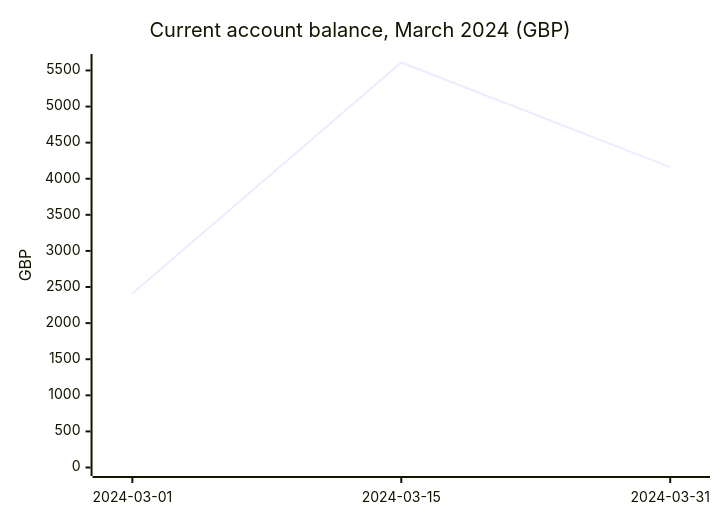
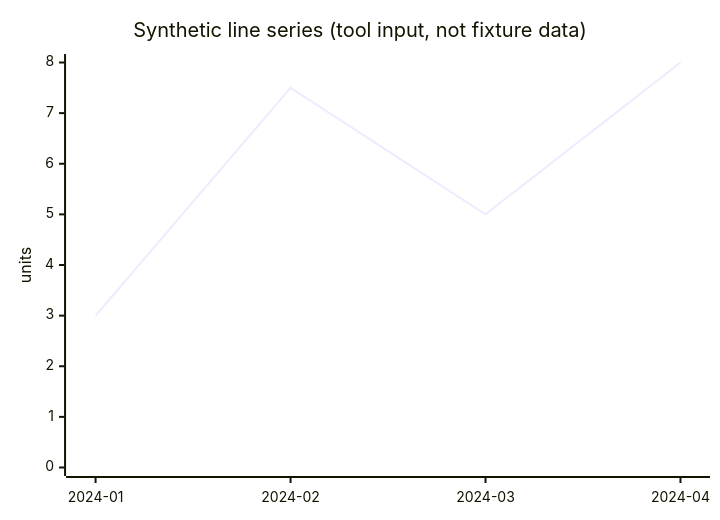
One commit to boshuthebuilder/ai-tradecraft-skills changed the diagram in plugins/ai-os/skills/pre-onboarding/tests/golden/charts/line.md. Above: the diagram before and after it, drawn with Mermaid. The commit also changed other lines of this file and 11 other files, not shown here.

First line of the commit message:
pre-onboarding: wiki.py chart, fixes from independent review (#95)

````diff
--- a/plugins/ai-os/skills/pre-onboarding/tests/golden/charts/line.md
+++ b/plugins/ai-os/skills/pre-onboarding/tests/golden/charts/line.md
@@ -1,7 +1,7 @@
 ```mermaid
 xychart-beta
-    title "Current account balance, March 2024 (GBP)"
-    x-axis ["2024-03-01", "2024-03-15", "2024-03-31"]
-    y-axis "GBP" 0 --> 5610
-    line [2410, 5610, 4160]
+    title "Synthetic line series (tool input, not fixture data)"
+    x-axis ["2024-01", "2024-02", "2024-03", "2024-04"]
+    y-axis "units" 0 --> 8
+    line [3, 7.5, 5, 8]
 ```
````
